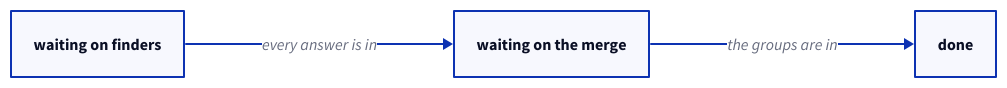
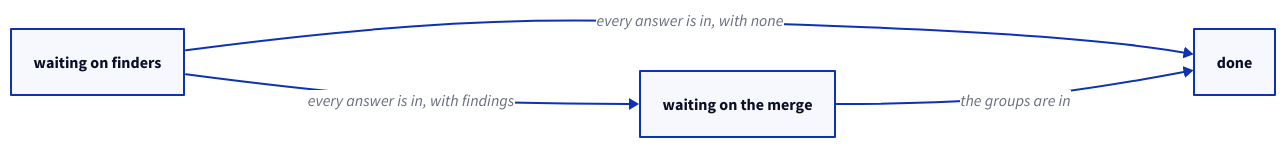
The second of 4 diagrams in review/review.tree.md (mjewell/context-packs), drawn with D2 before and after one commit. The commit also changed other lines of this file and 3 other files, not shown here.

First line of the commit message:
Finish a review with no findings without a merge

````diff
--- a/review/review.tree.md
+++ b/review/review.tree.md
@@ -87,8 +87,9 @@
       ```d2
       direction: right
       finders: waiting on finders
       merge: waiting on the merge
       done: done
-      finders -> merge: "every answer is in"
+      finders -> merge: "every answer is in, with findings"
+      finders -> done: "every answer is in, with none"
       merge -> done: "the groups are in"
       ```
````
